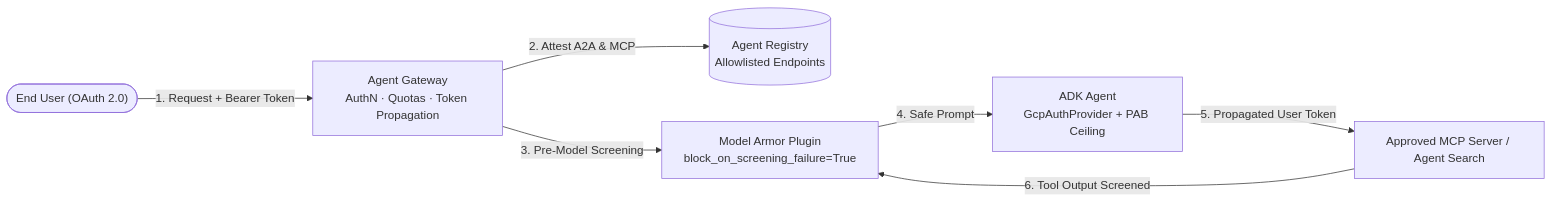
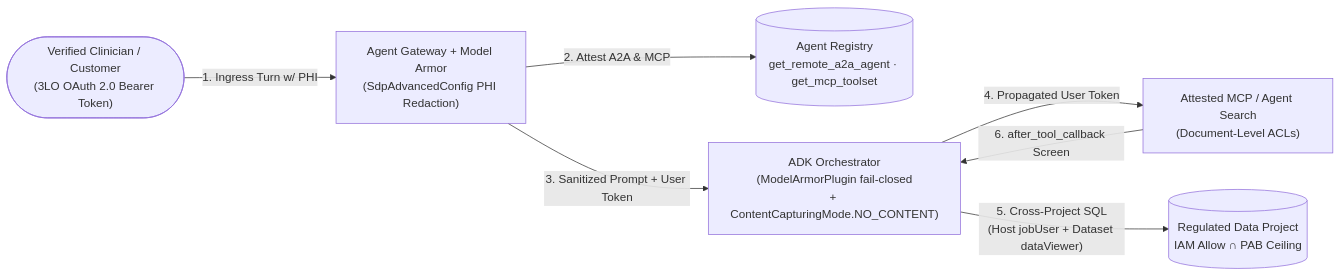
Before and after one commit to cmanikandan/gcp-certification-professional-agentic-architect: the diagram in tracks/05_secure_and_govern/lab_20_e2e_ai_threat_defense/README.md, drawn with Mermaid. The commit also changed other lines of this file and 78 other files, not shown here.

````diff
--- a/tracks/05_secure_and_govern/lab_20_e2e_ai_threat_defense/README.md
+++ b/tracks/05_secure_and_govern/lab_20_e2e_ai_threat_defense/README.md
@@ -35,9 +31,9 @@
 ```mermaid
 flowchart LR
-    User(["End User (OAuth 2.0)"]) -->|"1. Request + Bearer Token"| GW["Agent Gateway<br/>AuthN · Quotas · Token Propagation"]
-    GW -->|"2. Attest A2A & MCP"| Reg[("Agent Registry<br/>Allowlisted Endpoints")]
-    GW -->|"3. Pre-Model Screening"| MA["Model Armor Plugin<br/>block_on_screening_failure=True"]
-    MA -->|"4. Safe Prompt"| Agent["ADK Agent<br/>GcpAuthProvider + PAB Ceiling"]
-    Agent -->|"5. Propagated User Token"| MCP["Approved MCP Server / Agent Search"]
-    MCP -->|"6. Tool Output Screened"| MA
+    Caller(["Verified Clinician / Customer<br/>(3LO OAuth 2.0 Bearer Token)"]) -->|"1. Ingress Turn w/ PHI"| GW["Agent Gateway + Model Armor<br/>(SdpAdvancedConfig PHI Redaction)"]
+    GW -->|"2. Attest A2A & MCP"| Reg[("Agent Registry<br/>get_remote_a2a_agent · get_mcp_toolset")]
+    GW -->|"3. Sanitized Prompt + User Token"| Orch["ADK Orchestrator<br/>(ModelArmorPlugin fail-closed<br/>+ ContentCapturingMode.NO_CONTENT)"]
+    Orch -->|"4. Propagated User Token"| MCP["Attested MCP / Agent Search<br/>(Document-Level ACLs)"]
+    Orch -->|"5. Cross-Project SQL<br/>(Host jobUser + Dataset dataViewer)"| BQ[("Regulated Data Project<br/>IAM Allow ∩ PAB Ceiling")]
+    MCP -->|"6. after_tool_callback Screen"| Orch
 ```
````
